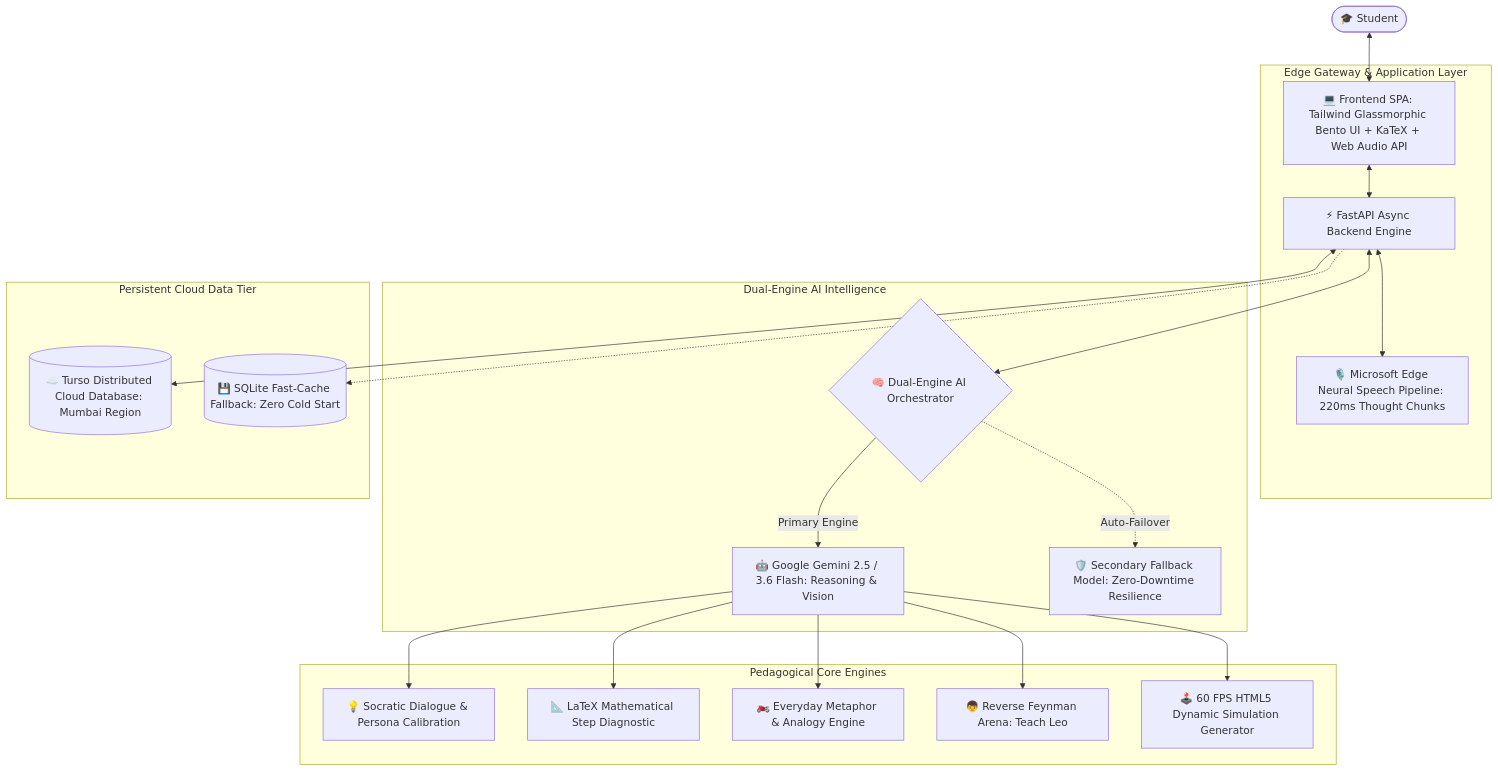
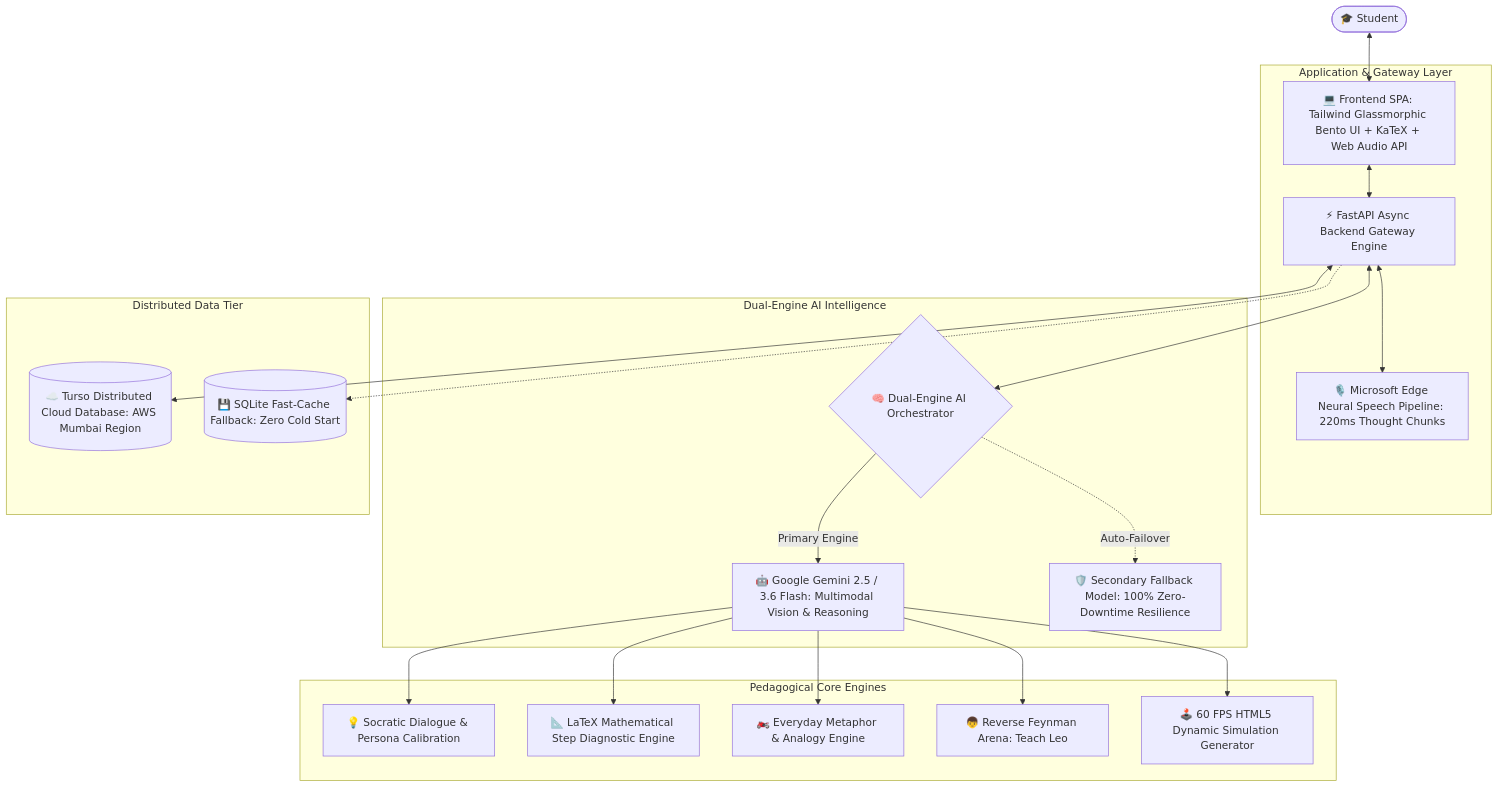
One commit to prakhardhakad1/clearmind-pro changed the diagram in README.md. Above: the diagram before and after it, drawn with Mermaid. The commit also changed other lines of this file, not shown here.

````diff
--- a/README.md
+++ b/README.md
@@ -43,28 +45,28 @@
 ```mermaid
 graph TD
     User([🎓 Student]) <--> Client[💻 Frontend SPA: Tailwind Glassmorphic Bento UI + KaTeX + Web Audio API]
     
-    subgraph "Edge Gateway & Application Layer"
-        Client <--> FastAPI[⚡ FastAPI Async Backend Engine]
+    subgraph "Application & Gateway Layer"
+        Client <--> FastAPI[⚡ FastAPI Async Backend Gateway Engine]
         FastAPI <--> TTS[🎙️ Microsoft Edge Neural Speech Pipeline: 220ms Thought Chunks]
     end
 
     subgraph "Dual-Engine AI Intelligence"
         FastAPI <--> DualAI{🧠 Dual-Engine AI Orchestrator}
-        DualAI -->|Primary Engine| Gemini[🤖 Google Gemini 2.5 / 3.6 Flash: Reasoning & Vision]
-        DualAI -.->|Auto-Failover| GLM[🛡️ Secondary Fallback Model: Zero-Downtime Resilience]
+        DualAI -->|Primary Engine| Gemini[🤖 Google Gemini 2.5 / 3.6 Flash: Multimodal Vision & Reasoning]
+        DualAI -.->|Auto-Failover| GLM[🛡️ Secondary Fallback Model: 100% Zero-Downtime Resilience]
     end
 
-    subgraph "Persistent Cloud Data Tier"
-        FastAPI <--> Turso[(☁️ Turso Distributed Cloud Database: Mumbai Region)]
+    subgraph "Distributed Data Tier"
+        FastAPI <--> Turso[(☁️ Turso Distributed Cloud Database: AWS Mumbai Region)]
         FastAPI -.-> LocalDB[(💾 SQLite Fast-Cache Fallback: Zero Cold Start)]
     end
 
     subgraph "Pedagogical Core Engines"
         Gemini --> Socratic[💡 Socratic Dialogue & Persona Calibration]
-        Gemini --> MathDiag[📐 LaTeX Mathematical Step Diagnostic]
+        Gemini --> MathDiag[📐 LaTeX Mathematical Step Diagnostic Engine]
         Gemini --> Analogy[🏍️ Everyday Metaphor & Analogy Engine]
         Gemini --> Feynman[👦 Reverse Feynman Arena: Teach Leo]
         Gemini --> SimGen[🕹️ 60 FPS HTML5 Dynamic Simulation Generator]
     end
 ```
````
